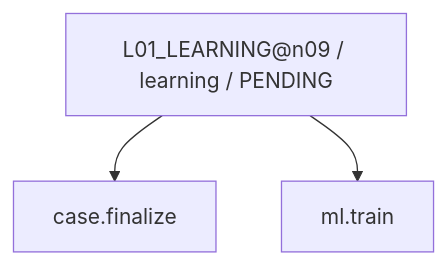
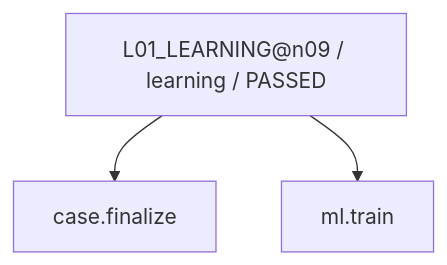
Diagram 25 of 30 in work/items/W-MATH-035-choice-order-factor-audit/generated/CAPABILITY_FIRE_DIAGRAM.md (rrikunagasige-dot/kyotsu-step-web), drawn with Mermaid before and after one commit. The commit also changed other lines of this file and 661 other files, not shown here.

````diff
--- a/work/items/W-MATH-035-choice-order-factor-audit/generated/CAPABILITY_FIRE_DIAGRAM.md
+++ b/work/items/W-MATH-035-choice-order-factor-audit/generated/CAPABILITY_FIRE_DIAGRAM.md
@@ -395,8 +395,8 @@
 ```mermaid
 flowchart TD
-  N0["L01_LEARNING@n09 / learning / PENDING"]
+  N0["L01_LEARNING@n09 / learning / PASSED"]
   N1["case.finalize"]
   N2["ml.train"]
   N0 --> N1
   N0 --> N2
 ```
````
